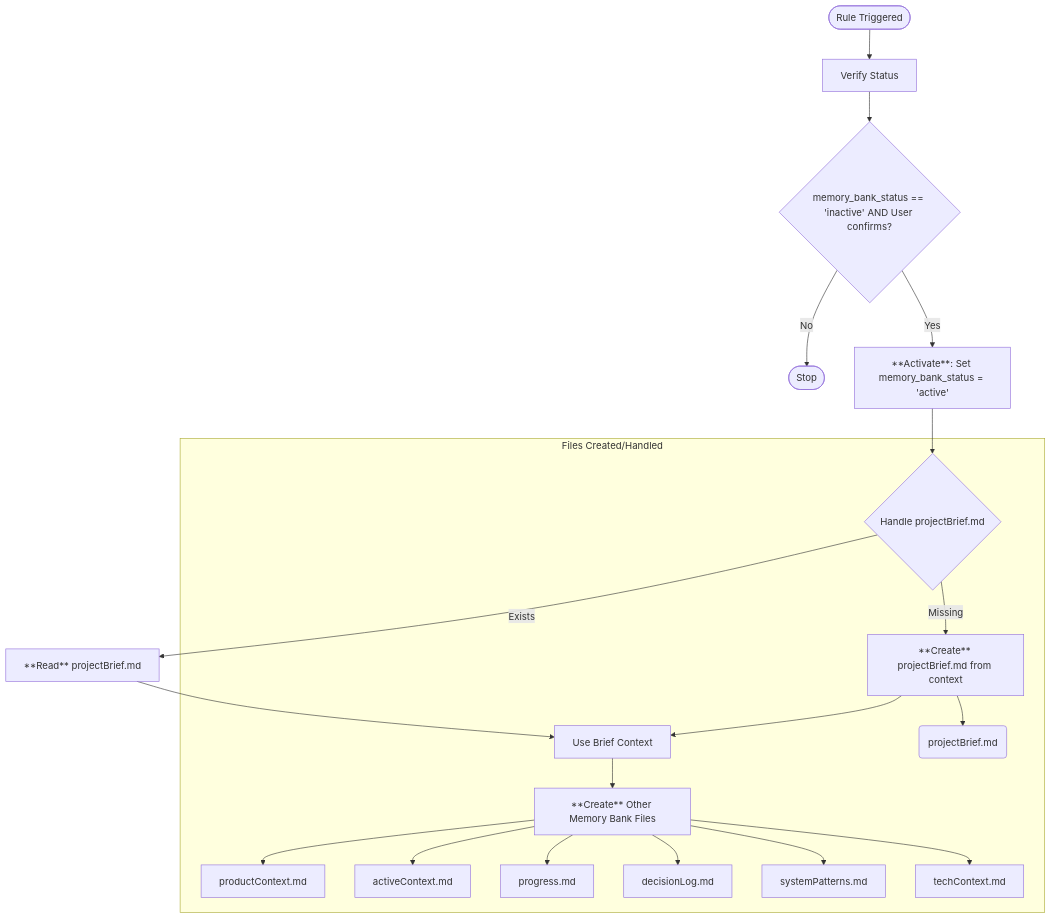
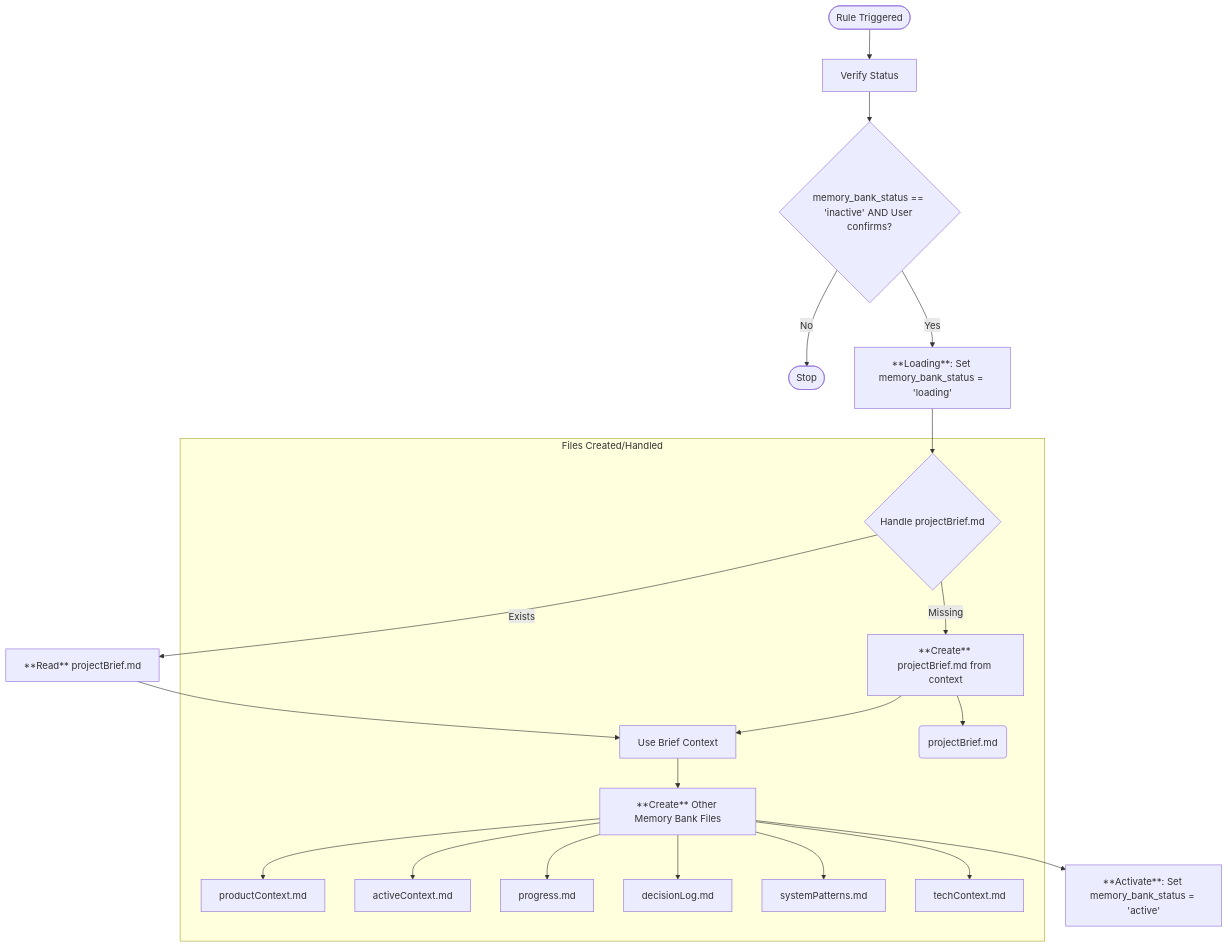
One commit to kvokka/getting-started changed the diagram in .cursor/rules/agent/memory-bank/init.mdc. Above: the diagram before and after it, drawn with Mermaid. The commit also changed other lines of this file and 5 other files, not shown here.

First line of the commit message:
fix(memory-bank): corrected logic for rule application

````diff
--- a/.cursor/rules/agent/memory-bank/init.mdc
+++ b/.cursor/rules/agent/memory-bank/init.mdc
@@ -14,28 +14,29 @@
 ```mermaid
 flowchart TD
     Start([Rule Triggered]) --> VerifyStatus[Verify Status]
     VerifyStatus --> Confirm{memory_bank_status == 'inactive' AND User confirms?}
     Confirm -->|No| End([Stop])
 
-    Confirm -->|Yes| Activate[**Activate**: Set memory_bank_status = 'active']
-    Activate --> HandleBrief{Handle projectBrief.md}
+    Confirm -->|Yes| Loading[**Loading**: Set memory_bank_status = 'loading']
+    Loading --> HandleBrief{Handle projectBrief.md}
     HandleBrief -- Exists --> ReadBrief[**Read** projectBrief.md]
     HandleBrief -- Missing --> CreateBrief[**Create** projectBrief.md from context]
 
     ReadBrief --> UseBriefContext[Use Brief Context]
     CreateBrief --> UseBriefContext
 
     UseBriefContext --> CreateFiles[**Create** Other Memory Bank Files]
+    CreateFiles --> Activate[**Activate**: Set memory_bank_status = 'active']
 
     subgraph "Files Created/Handled"
         HandleBrief
         CreateBrief --> FileBrief(projectBrief.md)
         UseBriefContext
         CreateFiles --> ProductContext[productContext.md]
         CreateFiles --> ActiveContext[activeContext.md]
         CreateFiles --> Progress[progress.md]
         CreateFiles --> DecisionLog[decisionLog.md]
         CreateFiles --> SystemPatterns[systemPatterns.md]
         CreateFiles --> TechContext[techContext.md]
     end
 ```
````
